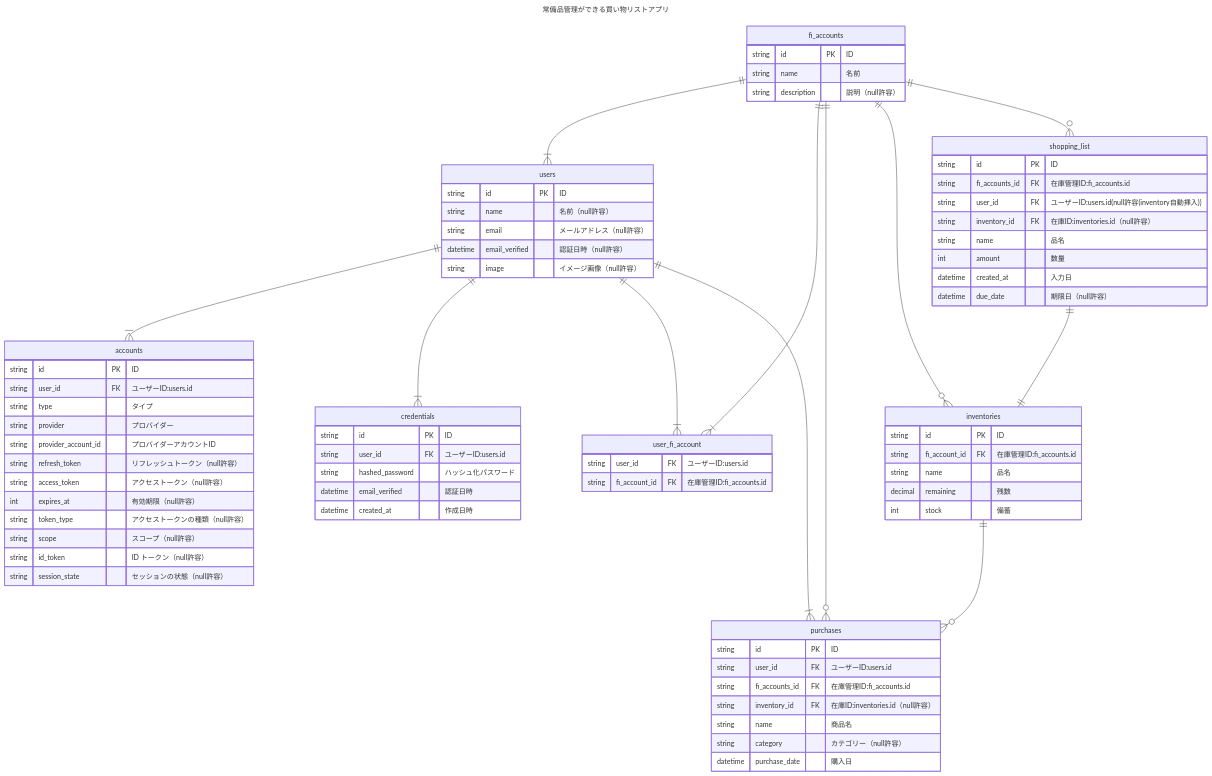
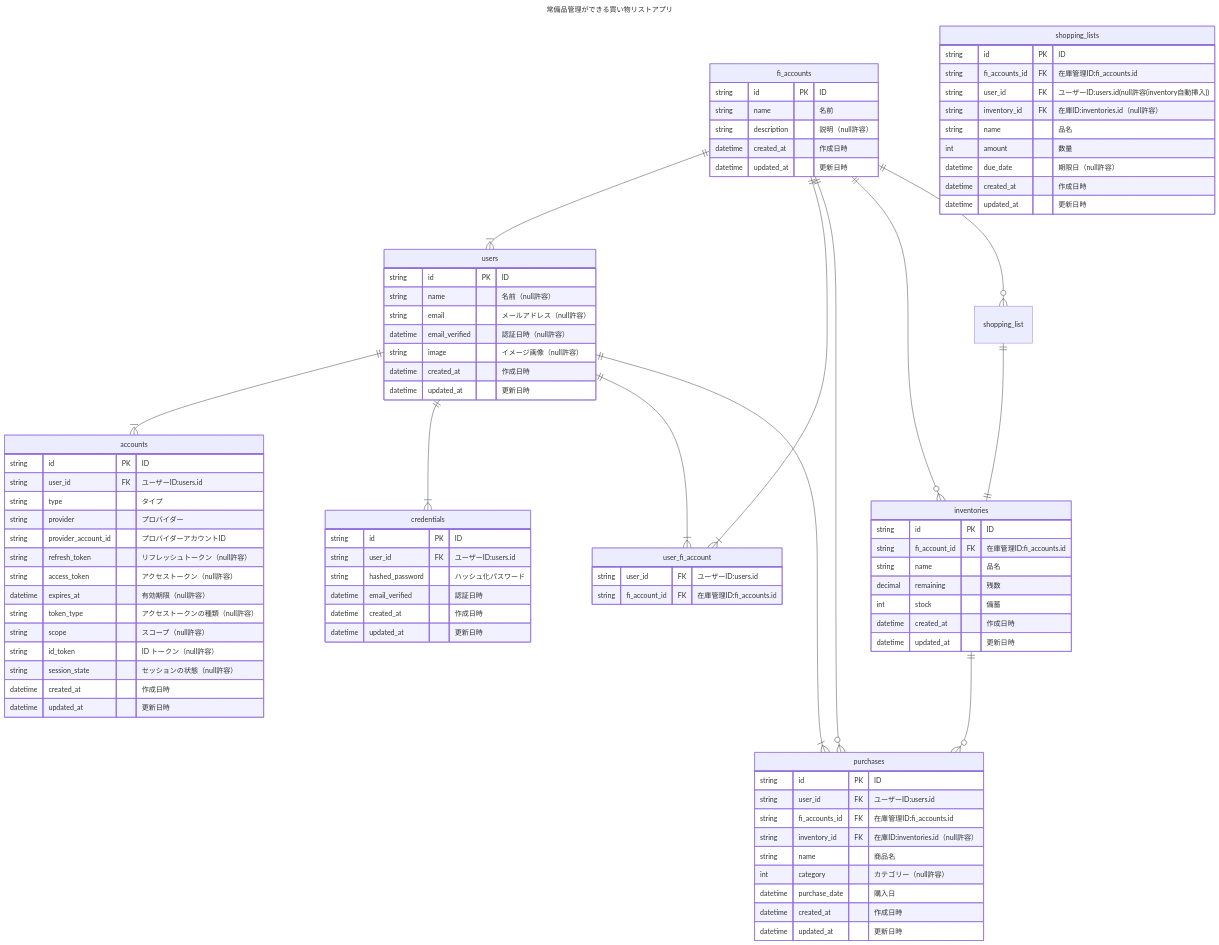
One commit to kurutto/fridge-inventory changed the diagram in doc/fridge-inventory.md. Above: the diagram before and after it, drawn with Mermaid.

Commit message:
修正の反映

````diff
--- a/doc/fridge-inventory.md
+++ b/doc/fridge-inventory.md
@@ -28,11 +28,13 @@
         string provider_account_id "プロバイダーアカウントID"
         string refresh_token "リフレッシュトークン（null許容）"
         string access_token "アクセストークン（null許容）"
-        int expires_at "有効期限（null許容）"
+        datetime expires_at "有効期限（null許容）"
         string token_type "アクセストークンの種類（null許容）"
         string scope "スコープ（null許容）"
         string id_token "ID トークン（null許容）"
         string session_state "セッションの状態（null許容）"
+        datetime created_at "作成日時"
+        datetime updated_at "更新日時"
     }
     users {
         string id PK "ID"
@@ -40,6 +42,8 @@
         string email "メールアドレス（null許容）"
         datetime email_verified "認証日時（null許容）"
         string image "イメージ画像（null許容）"
+        datetime created_at "作成日時"
+        datetime updated_at "更新日時"
     }
     credentials{
         string id PK "ID"
@@ -47,6 +51,7 @@
         string hashed_password "ハッシュ化パスワード"
         datetime email_verified "認証日時"
         datetime created_at "作成日時"
+        datetime updated_at "更新日時"
     }
     user_fi_account{
         string user_id FK "ユーザーID:users.id"
@@ -56,6 +61,8 @@
         string id PK "ID"
         string name "名前"
         string description "説明（null許容）"
+        datetime created_at "作成日時"
+        datetime updated_at "更新日時"
     }
     inventories {
         string id PK "ID"
@@ -63,6 +70,8 @@
         string name "品名"
         decimal remaining "残数"
         int stock "備蓄"
+        datetime created_at "作成日時"
+        datetime updated_at "更新日時"
     }
     purchases {
         string id PK "ID"
@@ -70,17 +79,20 @@
         string fi_accounts_id FK "在庫管理ID:fi_accounts.id"
         string inventory_id FK "在庫ID:inventories.id（null許容）"
         string name "商品名"
-        string category "カテゴリー（null許容）"
+        int category "カテゴリー（null許容）"
         datetime purchase_date "購入日"
+        datetime created_at "作成日時"
+        datetime updated_at "更新日時"
     }
-    shopping_list {
+    shopping_lists {
         string id PK "ID"
         string fi_accounts_id FK "在庫管理ID:fi_accounts.id"
         string user_id FK "ユーザーID:users.id(null許容(inventory自動挿入))"
         string inventory_id FK "在庫ID:inventories.id（null許容）"
         string name "品名"
         int amount "数量"
-        datetime created_at "入力日"
         datetime due_date "期限日（null許容）"
+        datetime created_at "作成日時"
+        datetime updated_at "更新日時"
     }
 ```
````
